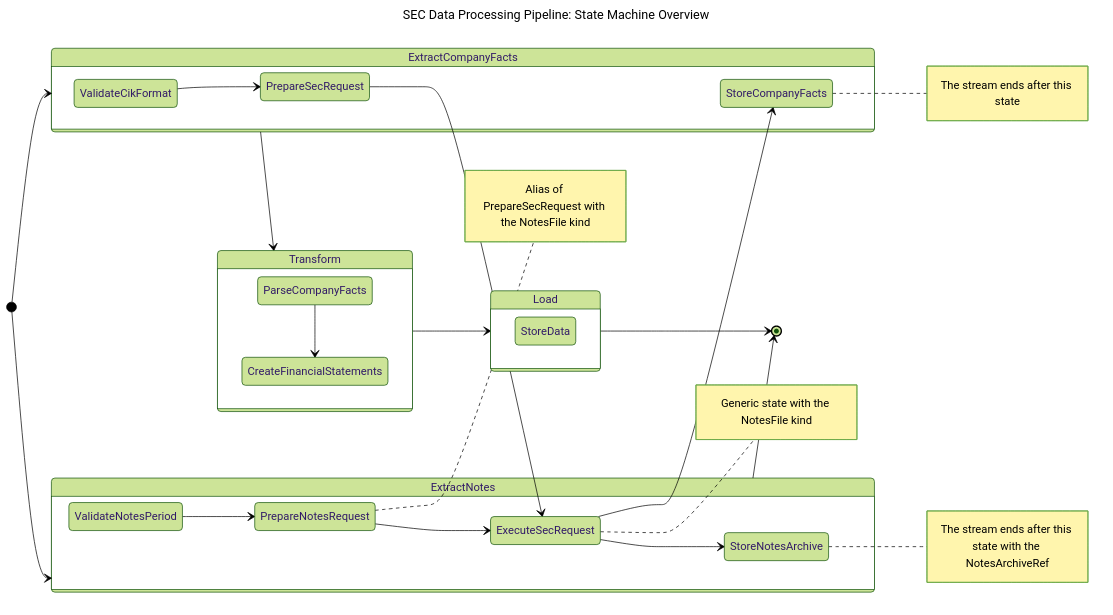
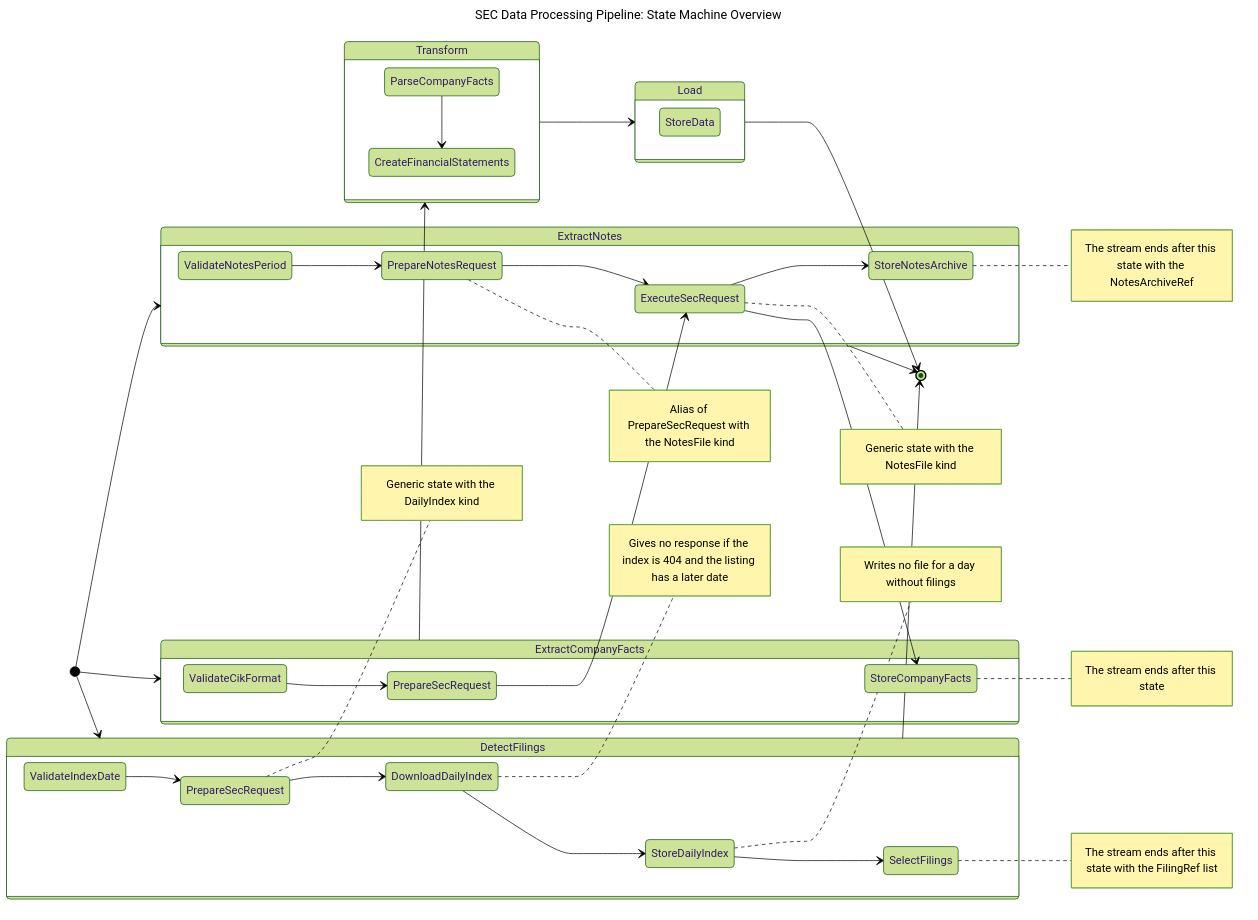
One commit to ironcapitaleu/arkad changed the diagram in sec/design/state_diagram/sec_state_machine.md. Above: the diagram before and after it, drawn with Mermaid (forest theme). The commit also changed 4 other files, not shown here.

First line of the commit message:
feat(sec): add DetectFilingsSuperState (#330)

````diff
--- a/sec/design/state_diagram/sec_state_machine.md
+++ b/sec/design/state_diagram/sec_state_machine.md
@@ -1,46 +1,62 @@
 ```mermaid
 ---
 title: "SEC Data Processing Pipeline: State Machine Overview"
 ---
 stateDiagram-v2
     %% Align all the SuperStates from left-to-right
     direction LR
 
     %% `ExtractCompanyFacts` SuperState
     [*] --> ExtractCompanyFacts
     state ExtractCompanyFacts {
         ValidateCikFormat --> PrepareSecRequest
         PrepareSecRequest --> ExecuteSecRequest
         ExecuteSecRequest --> StoreCompanyFacts
         note right of StoreCompanyFacts : The stream ends after this state
     }
 
     ExtractCompanyFacts --> Transform
 
     %% `ExtractNotes` SuperState, one per Notes file
     [*] --> ExtractNotes
     state ExtractNotes {
         ValidateNotesPeriod --> PrepareNotesRequest
         PrepareNotesRequest --> ExecuteSecRequest
         note right of PrepareNotesRequest : Alias of PrepareSecRequest with the NotesFile kind
         note right of ExecuteSecRequest : Generic state with the NotesFile kind
         ExecuteSecRequest --> StoreNotesArchive
         note right of StoreNotesArchive : The stream ends after this state with the NotesArchiveRef
     }
 
     ExtractNotes --> [*]
 
+    %% `DetectFilings` SuperState, one per day
+    [*] --> DetectFilings
+    state DetectFilings {
+        state "PrepareSecRequest" as PrepareDailyIndexRequest
+        ValidateIndexDate --> PrepareDailyIndexRequest
+        note right of PrepareDailyIndexRequest : Generic state with the DailyIndex kind
+        PrepareDailyIndexRequest --> DownloadDailyIndex
+        note right of DownloadDailyIndex : Gives no response if the index is 404 and the listing has a later date
+        DownloadDailyIndex --> StoreDailyIndex
+        note right of StoreDailyIndex : Writes no file for a day without filings
+        StoreDailyIndex --> SelectFilings
+        note right of SelectFilings : The stream ends after this state with the FilingRef list
+    }
+
+    DetectFilings --> [*]
+
     %% `Transform` SuperState
     state Transform {
         ParseCompanyFacts --> CreateFinancialStatements
     }
 
     Transform --> Load
 
     %% `Load` SuperState
     state Load {
         StoreData
     }
 
     Load --> [*]
 ```
````
